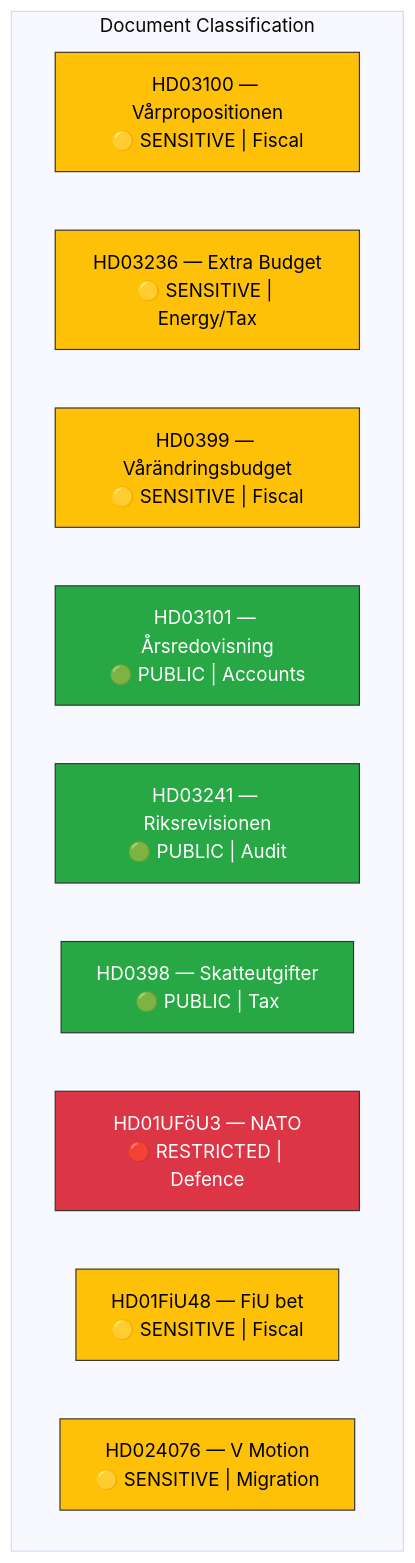
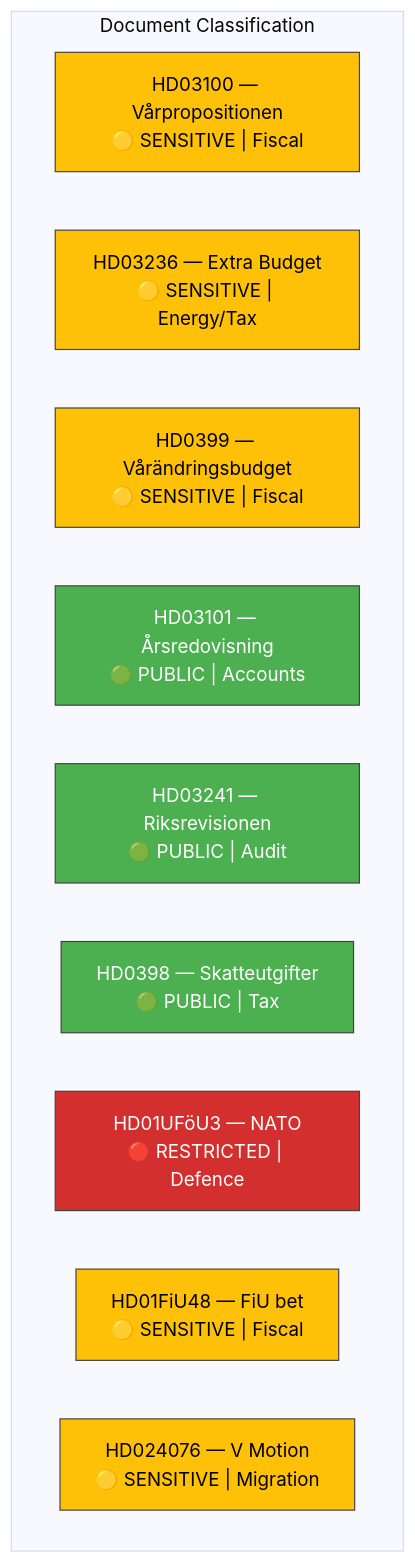
The diagram in analysis/daily/2026-04-13/realtime-1433/classification-results.md (Hack23/riksdagsmonitor), drawn with Mermaid (base theme) before and after one commit. The commit also changed 785 other files, not shown here.

First line of the commit message:
Normalize mermaid colors across 786 analysis artifacts to ISMS Style Guide palette

````diff
--- a/analysis/daily/2026-04-13/realtime-1433/classification-results.md
+++ b/analysis/daily/2026-04-13/realtime-1433/classification-results.md
@@ -5,23 +5,23 @@
 ```mermaid
 graph TD
     subgraph "Document Classification"
         P1["HD03100 — Vårpropositionen<br/>🟡 SENSITIVE | Fiscal"]
         P2["HD03236 — Extra Budget<br/>🟡 SENSITIVE | Energy/Tax"]
         P3["HD0399 — Vårändringsbudget<br/>🟡 SENSITIVE | Fiscal"]
         P4["HD03101 — Årsredovisning<br/>🟢 PUBLIC | Accounts"]
         P5["HD03241 — Riksrevisionen<br/>🟢 PUBLIC | Audit"]
         P6["HD0398 — Skatteutgifter<br/>🟢 PUBLIC | Tax"]
         N1["HD01UFöU3 — NATO<br/>🔴 RESTRICTED | Defence"]
         C1["HD01FiU48 — FiU bet<br/>🟡 SENSITIVE | Fiscal"]
         M1["HD024076 — V Motion<br/>🟡 SENSITIVE | Migration"]
     end
-    style P1 fill:#ffc107,stroke:#333,color:#000
-    style P2 fill:#ffc107,stroke:#333,color:#000
-    style P3 fill:#ffc107,stroke:#333,color:#000
-    style P4 fill:#28a745,stroke:#333,color:#fff
-    style P5 fill:#28a745,stroke:#333,color:#fff
-    style P6 fill:#28a745,stroke:#333,color:#fff
-    style N1 fill:#dc3545,stroke:#333,color:#fff
-    style C1 fill:#ffc107,stroke:#333,color:#000
-    style M1 fill:#ffc107,stroke:#333,color:#000
+    style P1 fill:#FFC107,stroke:#424242,color:#000000
+    style P2 fill:#FFC107,stroke:#424242,color:#000000
+    style P3 fill:#FFC107,stroke:#424242,color:#000000
+    style P4 fill:#4CAF50,stroke:#424242,color:#FFFFFF
+    style P5 fill:#4CAF50,stroke:#424242,color:#FFFFFF
+    style P6 fill:#4CAF50,stroke:#424242,color:#FFFFFF
+    style N1 fill:#D32F2F,stroke:#424242,color:#FFFFFF
+    style C1 fill:#FFC107,stroke:#424242,color:#000000
+    style M1 fill:#FFC107,stroke:#424242,color:#000000
 ```
````
